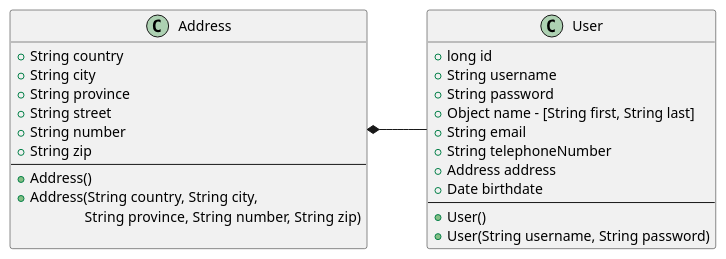
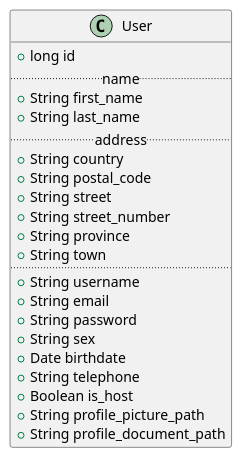
The diagram in app-diagrams/class/user.wsd (TommasoScalici/BnB), drawn with PlantUML before and after one commit. The commit also changed 2 other files, not shown here.

```diff
--- a/app-diagrams/class/user.wsd
+++ b/app-diagrams/class/user.wsd
@@ -1,34 +1,28 @@
-@startuml classdiagram
+@startuml user
 left to right direction
 
 class User {
   +long id
+  .. name ..
+  +String first_name
+  +String last_name
+  .. address ..
+  +String country
+  +String postal_code
+  +String street
+  +String street_number
+  +String province
+  +String town
+  ..
   +String username
+  +String email
   +String password
-  +Object name - [String first, String last]
-  +String email
-  +String telephoneNumber
-  +Address address
+  +String sex
   +Date birthdate
-  --
-  +User()
-  +User(String username, String password)
+  +String telephone
+  +Boolean is_host
+  +String profile_picture_path
+  +String profile_document_path
 }
 
-class Address {
-    +String country
-    +String city
-    +String province
-    +String street
-    +String number
-    +String zip
-    --
-    +Address()
-    +Address(String country, String city,
-\t       String province, String number, String zip)
-
-}
-
-Address *-- User
-
 @enduml
```
